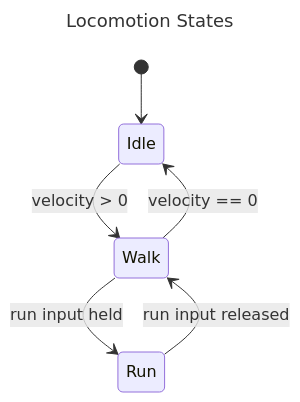
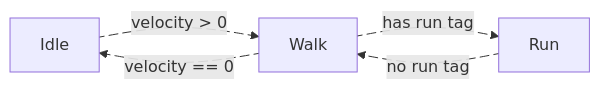
One commit to mugenmelon/mugenmelon.github.io changed the first of 3 diagrams in _posts/1970-01-01-mugen-devlog-1.md. Above: the diagram before and after it, drawn with Mermaid. The commit also changed other lines of this file, not shown here.

Commit message:
Cleanup diagrams

```diff
--- a/_posts/1970-01-01-mugen-devlog-1.md
+++ b/_posts/1970-01-01-mugen-devlog-1.md
@@ -83,16 +83,16 @@
 <pre class="mermaid">
----
-title: Locomotion States
----
-stateDiagram-v2
-
+flowchart LR
     Idle
     Walk
     Run
 
-    [*] --> Idle
-    Idle --> Walk: velocity > 0
-    Walk --> Idle: velocity == 0
-    Walk --> Run: run input held
-    Run --> Walk: run input released
+    Idle e1@-->|velocity > 0| Walk
+    Walk e2@-->|velocity == 0| Idle
+    Walk e3@-->|has run tag| Run
+    Run e4@-->|no run tag| Walk
+
+    e1@{ animate: true }
+    e2@{ animate: true }
+    e3@{ animate: true }
+    e4@{ animate: true }
 </pre>
```
